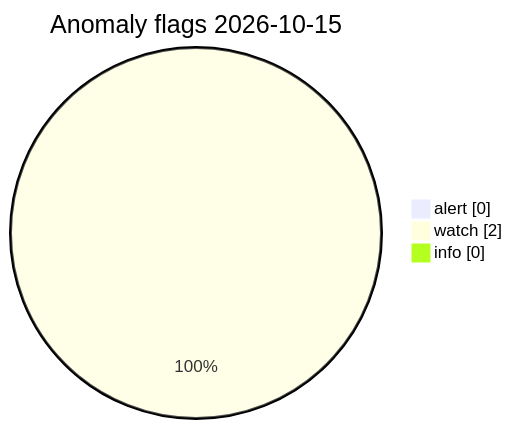
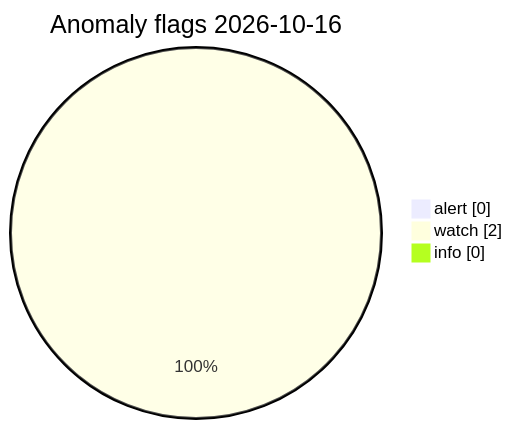
Before and after one commit to Midwest-Stratospheric/Unified-Open-Global-Weather: the diagram in visuals/latest/CHARTS.md, drawn with Mermaid. The commit also changed other lines of this file and 23 other files, not shown here.

Commit message:
data(visuals): automated charts 2026-10-16T09:26Z

````diff
--- a/visuals/latest/CHARTS.md
+++ b/visuals/latest/CHARTS.md
@@ -73,7 +73,7 @@
 ```mermaid
 pie showData
-  title Anomaly flags 2026-10-15
+  title Anomaly flags 2026-10-16
   "alert" : 0
   "watch" : 2
   "info" : 0
 ```
````
